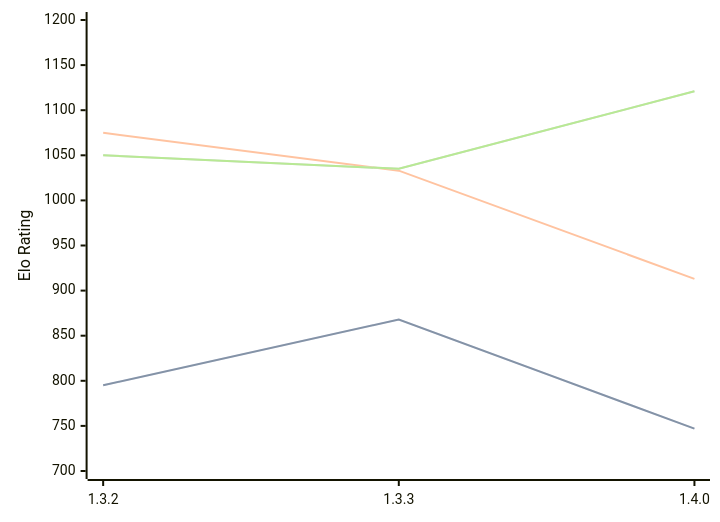
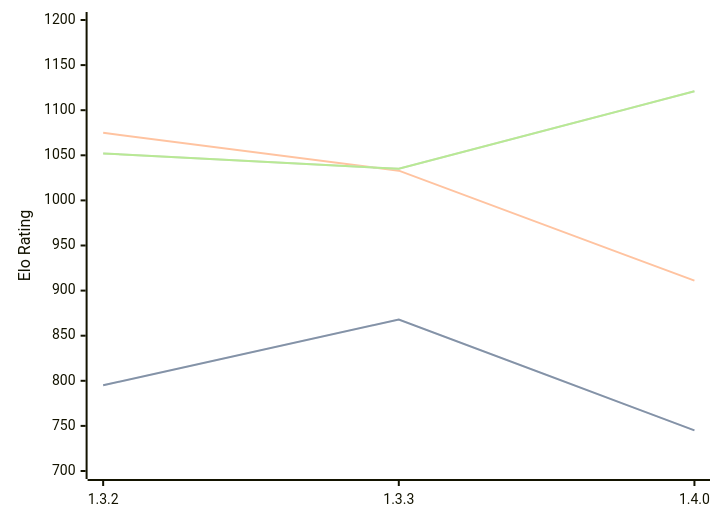
One commit to computer-chess-index/cci changed the diagram in engines/Whitespine.md. Above: the diagram before and after it, drawn with Mermaid. The commit also changed other lines of this file, not shown here.

Commit message:
Update CCI Ratings (ELO VLTC) - 2026-05-17

````diff
--- a/engines/Whitespine.md
+++ b/engines/Whitespine.md
@@ -36,11 +36,11 @@
 ```mermaid
 %%{init: {"theme":"base","themeVariables":{"seriesColors:['#a3a3a3','#222221','#faa371']}}}%%
 xychart-beta
   x-axis ["1.3.2", "1.3.3", "1.4.0"]
   y-axis "Elo Rating" 700 --> 1200
-  line "STC (8.0+0.08s)" [795, 868, 747]
-  line "STC (8.0+0.08s)" [795, 868, 747]
-  line "LTC (60.0+0.60s)" [1075, 1033, 913]
-  line "VLTC (2m24s+1.12s)" [1050, 1035, 1121]
-  line "VLTC (2m24s+1.12s)" [1050, 1035, 1121]
+  line "STC (8.0+0.08s)" [795, 868, 745]
+  line "STC (8.0+0.08s)" [795, 868, 745]
+  line "LTC (60.0+0.60s)" [1075, 1033, 911]
+  line "VLTC (2m24s+1.12s)" [1052, 1035, 1121]
+  line "VLTC (2m24s+1.12s)" [1052, 1035, 1121]
 ```
````
